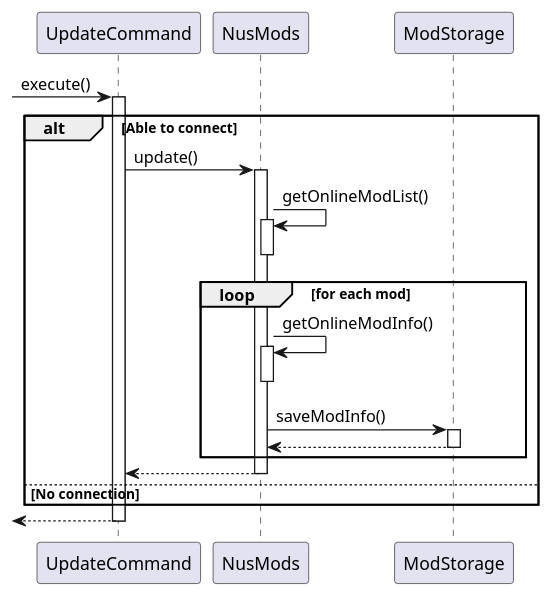
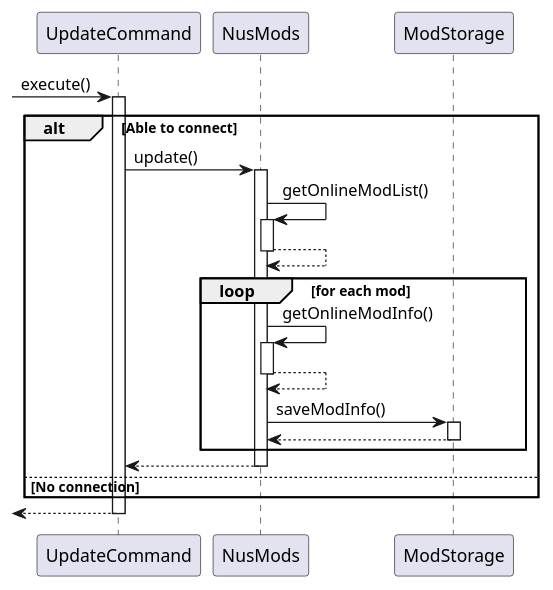
One commit to nus-cs2113-AY2122S1/tp changed the diagram in docs/uml-diagrams/Update.puml. Above: the diagram before and after it, drawn with PlantUML. The commit also changed 9 other files, not shown here.

Commit message:
Update to PUML files and diagrams.

```diff
--- a/docs/uml-diagrams/Update.puml
+++ b/docs/uml-diagrams/Update.puml
@@ -1,31 +1,33 @@
 @startuml
 
 [-> UpdateCommand : execute()
 activate UpdateCommand
 
 alt Able to connect
     UpdateCommand -> NusMods : update()
     activate NusMods
     NusMods -> NusMods : getOnlineModList()
     activate NusMods
+    NusMods --> NusMods
     deactivate NusMods
     loop for each mod
         NusMods -> NusMods : getOnlineModInfo()
         activate NusMods
+        NusMods --> NusMods
         deactivate NusMods
         NusMods -> ModStorage : saveModInfo()
         activate ModStorage
         ModStorage --> NusMods
         deactivate ModStorage
     end
     NusMods --> UpdateCommand
     deactivate NusMods
 
 else No connection
 
 end
 
 <-- UpdateCommand
 deactivate UpdateCommand
 
 @enduml
```
